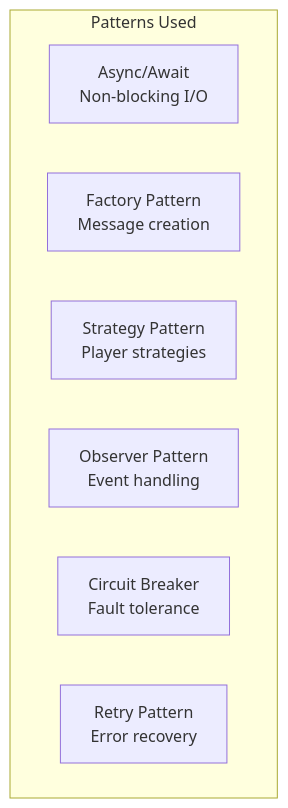
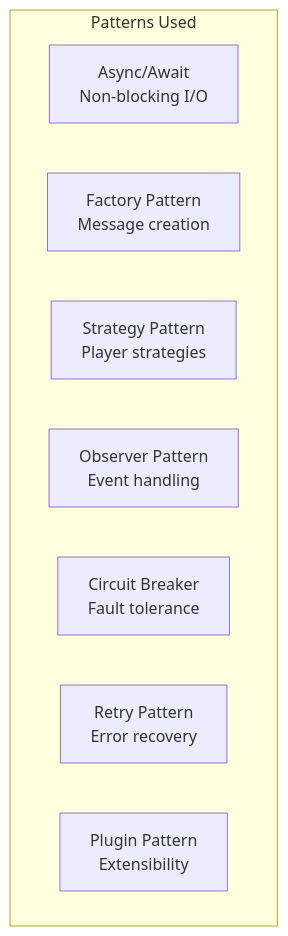
One commit to fouada/Assignment7_mcp-multi-agent-game changed diagram 39 of 47 in docs/ARCHITECTURE.md. Above: the diagram before and after it, drawn with Mermaid. The commit also changed other lines of this file and 2 other files, not shown here.

Commit message:
handle plugin and tests

````diff
--- a/docs/ARCHITECTURE.md
+++ b/docs/ARCHITECTURE.md
@@ -1553,11 +1613,12 @@
 ```mermaid
 graph TB
     subgraph "Patterns Used"
         ASYNC[Async/Await<br/>Non-blocking I/O]
         FACTORY[Factory Pattern<br/>Message creation]
         STRATEGY[Strategy Pattern<br/>Player strategies]
         OBSERVER[Observer Pattern<br/>Event handling]
         CIRCUIT[Circuit Breaker<br/>Fault tolerance]
         RETRY[Retry Pattern<br/>Error recovery]
+        PLUGIN[Plugin Pattern<br/>Extensibility]
     end
 ```
````
